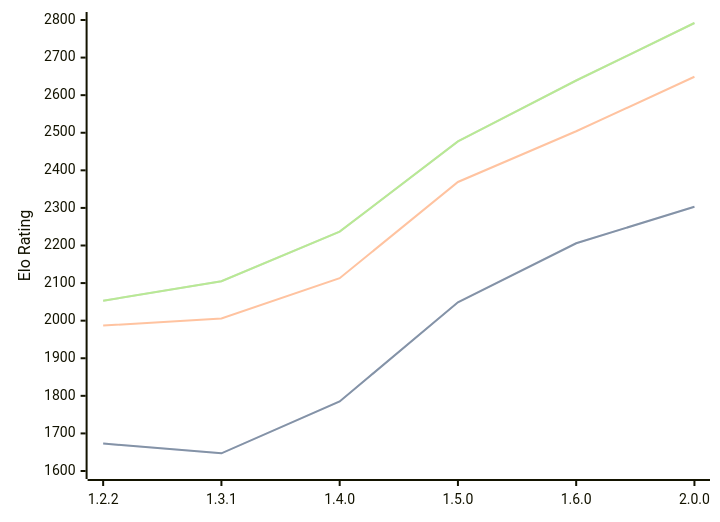
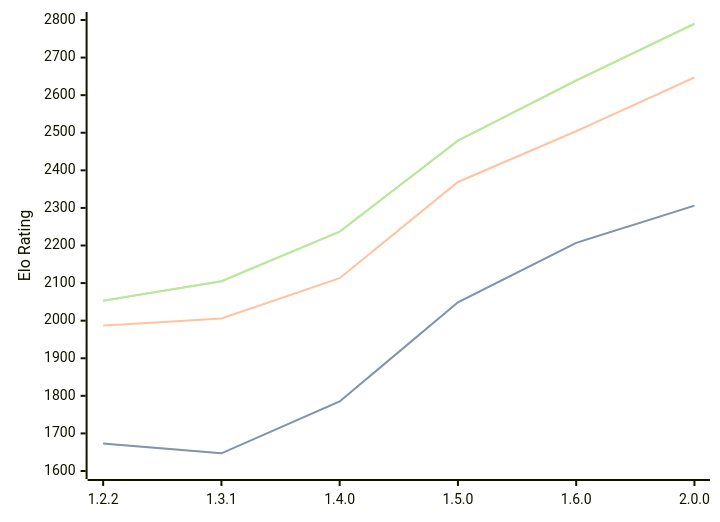
Before and after one commit to computer-chess-index/cci: the diagram in engines/SoloEngine.md, drawn with Mermaid. The commit also changed other lines of this file, not shown here.

Commit message:
Update CCI Ratings (ELO VLTC) - 2026-04-13

````diff
--- a/engines/SoloEngine.md
+++ b/engines/SoloEngine.md
@@ -36,11 +36,11 @@
 ```mermaid
 %%{init: {"theme":"base","themeVariables":{"seriesColors:['#a3a3a3','#222221','#faa371']}}}%%
 xychart-beta
   x-axis ["1.2.2", "1.3.1", "1.4.0", "1.5.0", "1.6.0", "2.0.0"]
   y-axis "Elo Rating" 1600 --> 2800
-  line "STC (8.0+0.08s)" [1673, 1647, 1785, 2049, 2206, 2303]
-  line "STC (8.0+0.08s)" [1673, 1647, 1785, 2049, 2206, 2303]
-  line "LTC (60.0+0.60s)" [1987, 2006, 2113, 2369, 2504, 2649]
-  line "VLTC (2m24s+1.12s)" [2053, 2105, 2237, 2477, 2639, 2792]
-  line "VLTC (2m24s+1.12s)" [2053, 2105, 2237, 2477, 2639, 2792]
+  line "STC (8.0+0.08s)" [1673, 1647, 1785, 2049, 2207, 2306]
+  line "STC (8.0+0.08s)" [1673, 1647, 1785, 2049, 2207, 2306]
+  line "LTC (60.0+0.60s)" [1987, 2006, 2113, 2369, 2504, 2647]
+  line "VLTC (2m24s+1.12s)" [2053, 2105, 2237, 2479, 2639, 2790]
+  line "VLTC (2m24s+1.12s)" [2053, 2105, 2237, 2479, 2639, 2790]
 ```
````
